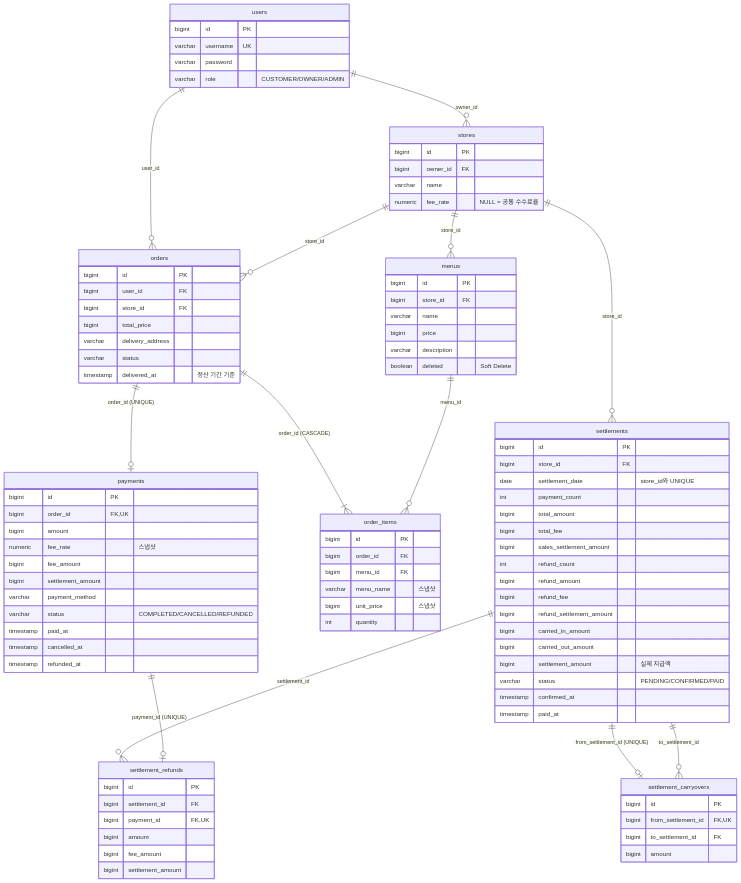
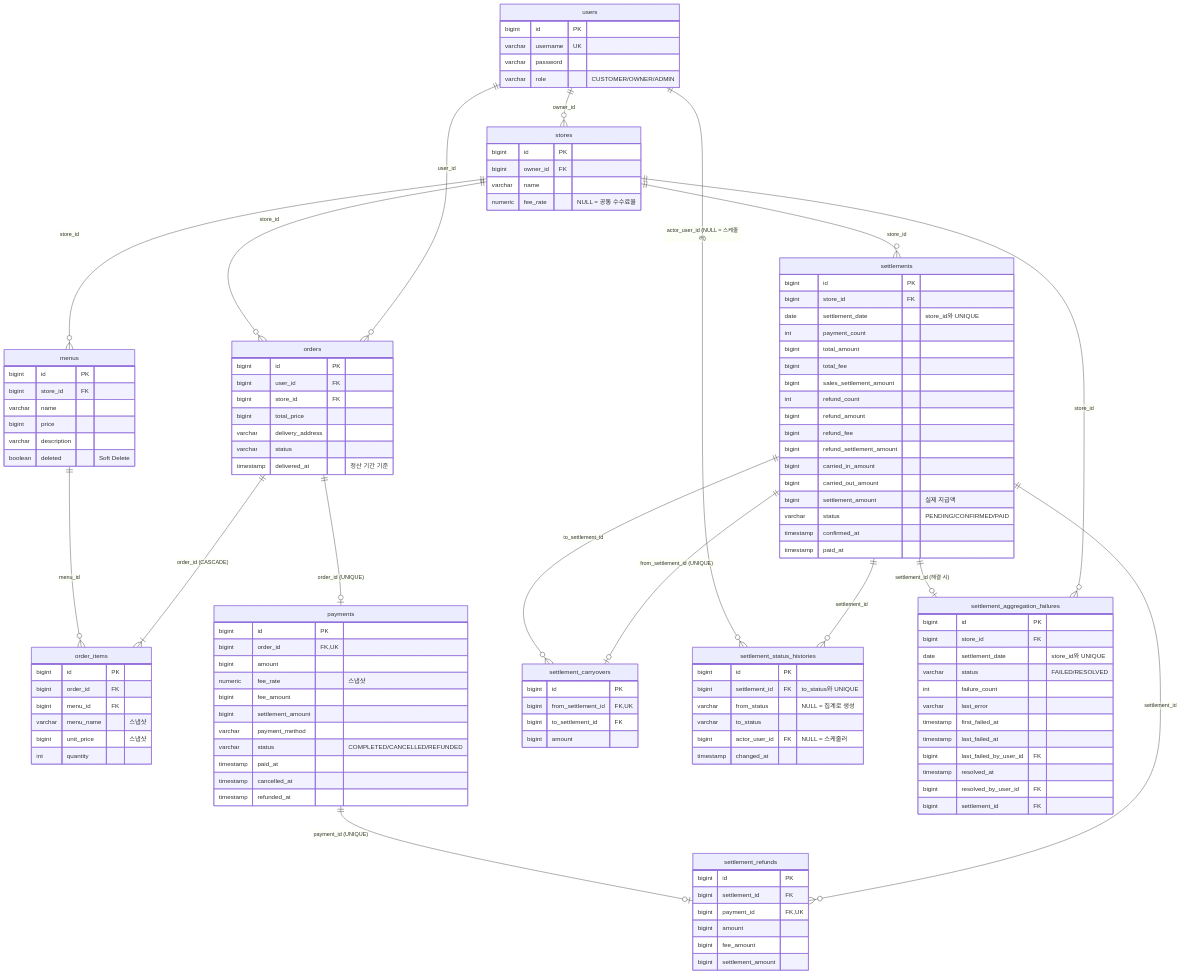
Before and after one commit to gajigaji-dev/Spring-Delivery-mini: the diagram in docs/erd.md, drawn with Mermaid. The commit also changed other lines of this file and 31 other files, not shown here.

````diff
--- a/docs/erd.md
+++ b/docs/erd.md
@@ -18,6 +18,10 @@
     payments ||--o| settlement_refunds : "payment_id (UNIQUE)"
     settlements ||--o| settlement_carryovers : "from_settlement_id (UNIQUE)"
     settlements ||--o{ settlement_carryovers : "to_settlement_id"
+    settlements ||--o{ settlement_status_histories : "settlement_id"
+    users ||--o{ settlement_status_histories : "actor_user_id (NULL = 스케줄러)"
+    stores ||--o{ settlement_aggregation_failures : "store_id"
+    settlements ||--o| settlement_aggregation_failures : "settlement_id (해결 시)"
 
     users {
         bigint id PK
@@ -102,4 +106,26 @@
         bigint to_settlement_id FK
         bigint amount
     }
+    settlement_status_histories {
+        bigint id PK
+        bigint settlement_id FK "to_status와 UNIQUE"
+        varchar from_status "NULL = 집계로 생성"
+        varchar to_status
+        bigint actor_user_id FK "NULL = 스케줄러"
+        timestamp changed_at
+    }
+    settlement_aggregation_failures {
+        bigint id PK
+        bigint store_id FK
+        date settlement_date "store_id와 UNIQUE"
+        varchar status "FAILED/RESOLVED"
+        int failure_count
+        varchar last_error
+        timestamp first_failed_at
+        timestamp last_failed_at
+        bigint last_failed_by_user_id FK
+        timestamp resolved_at
+        bigint resolved_by_user_id FK
+        bigint settlement_id FK
+    }
 ```
````
